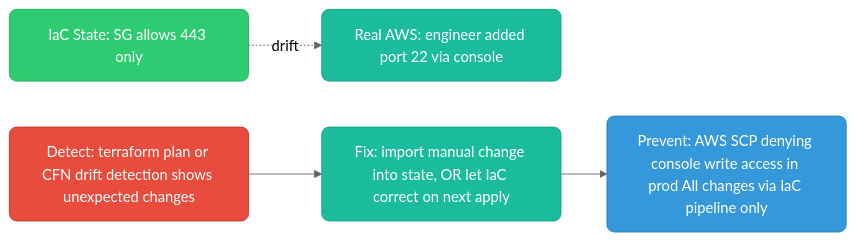
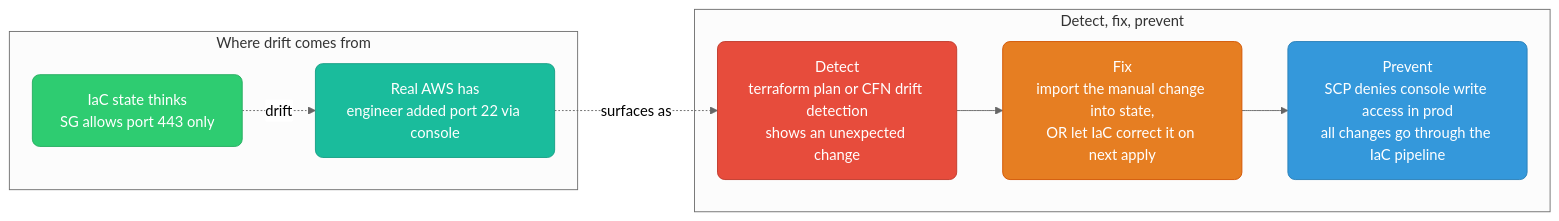
Before and after one commit to deepanshu-rawat6/DevOpsIndex: the sixth of 9 diagrams in iac/README.md, drawn with Mermaid (neutral theme). The commit also changed other lines of this file and 17 other files, not shown here.

````diff
--- a/iac/README.md
+++ b/iac/README.md
@@ -153,20 +272,25 @@
 ```mermaid
 graph LR
     classDef blue fill:#3498db,stroke:#2980b9,color:#fff,rx:8
     classDef green fill:#2ecc71,stroke:#27ae60,color:#fff,rx:8
     classDef red fill:#e74c3c,stroke:#c0392b,color:#fff,rx:8
     classDef orange fill:#e67e22,stroke:#d35400,color:#fff,rx:8
     classDef purple fill:#9b59b6,stroke:#8e44ad,color:#fff,rx:8
     classDef teal fill:#1abc9c,stroke:#16a085,color:#fff,rx:8
     classDef dark fill:#2c3e50,stroke:#1a252f,color:#fff,rx:8
     classDef yellow fill:#f39c12,stroke:#d68910,color:#000,rx:8
     classDef k8s fill:#326ce5,stroke:#254ea8,color:#fff,rx:8
     classDef aws fill:#ff9900,stroke:#cc7a00,color:#000,rx:8
-    STATE["IaC State: SG allows 443 only"]:::green -. "drift" .-> REAL["Real AWS: engineer added port 22 via console"]:::teal
+    subgraph Origin["Where drift comes from"]
+        STATE["IaC state thinks<br/>SG allows port 443 only"]:::green -. "drift" .-> REAL["Real AWS has<br/>engineer added port 22 via console"]:::teal
+    end
 
-    DETECT["Detect: terraform plan or CFN drift detection shows unexpected changes"]:::red
-    FIX["Fix: import manual change into state, OR let IaC correct on next apply"]:::teal
-    PREVENT["Prevent: AWS SCP denying console write access in prod All changes via IaC pipeline only"]:::blue
+    subgraph Response["Detect, fix, prevent"]
+        DETECT["Detect<br/>terraform plan or CFN drift detection<br/>shows an unexpected change"]:::red
+        FIX["Fix<br/>import the manual change into state,<br/>OR let IaC correct it on next apply"]:::orange
+        PREVENT["Prevent<br/>SCP denies console write access in prod<br/>all changes go through the IaC pipeline"]:::blue
+        DETECT --> FIX --> PREVENT
+    end
 
-    DETECT --> FIX --> PREVENT
+    REAL -.->|"surfaces as"| DETECT
 ```
````
